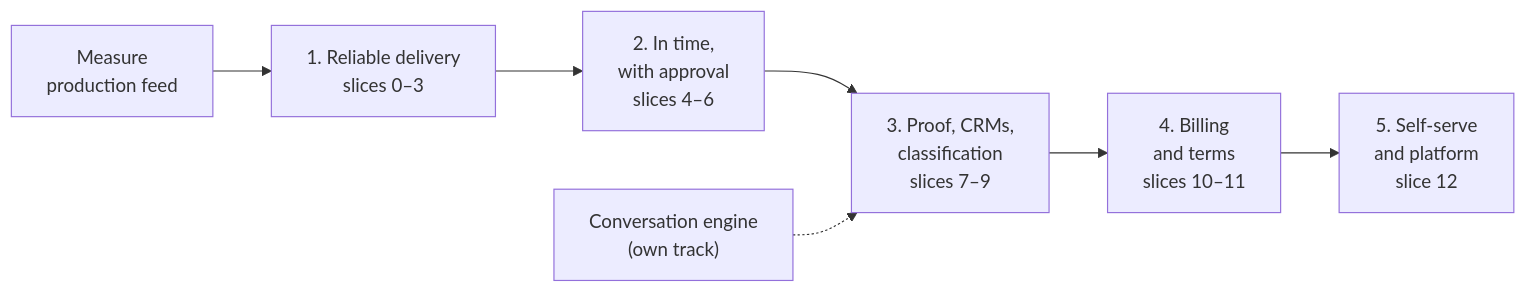
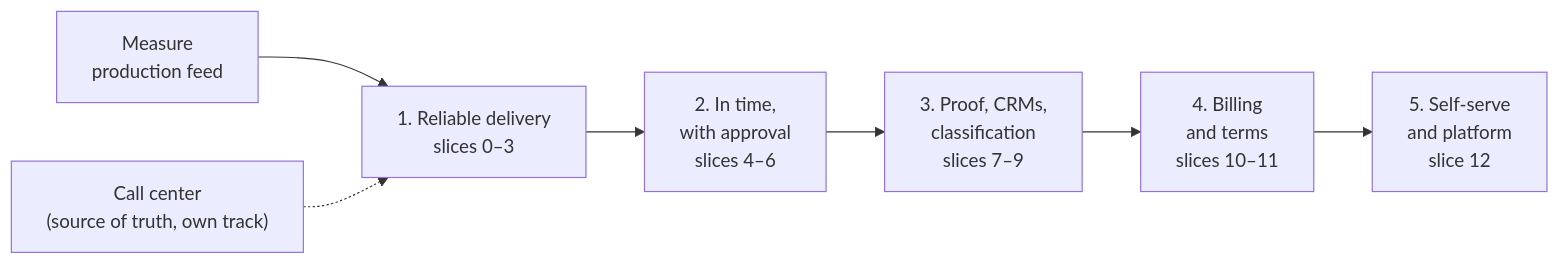
One commit to cthomas76c5h/leads-integration changed the second of 2 diagrams in docs/lead-delivery/strategy.md. Above: the diagram before and after it, drawn with Mermaid. The commit also changed other lines of this file and 40 other files, not shown here.

````diff
--- a/docs/lead-delivery/strategy.md
+++ b/docs/lead-delivery/strategy.md
@@ -174,5 +176,5 @@
 ```mermaid
 flowchart LR
   M["Measure<br/>production feed"] --> R["1. Reliable delivery<br/>slices 0–3"] --> T["2. In time,<br/>with approval<br/>slices 4–6"] --> P["3. Proof, CRMs,<br/>classification<br/>slices 7–9"] --> B["4. Billing<br/>and terms<br/>slices 10–11"] --> S["5. Self-serve<br/>and platform<br/>slice 12"]
-  E["Conversation engine<br/>(own track)"] -.-> P
+  E["Call center<br/>(source of truth, own track)"] -.-> R
 ```
````
